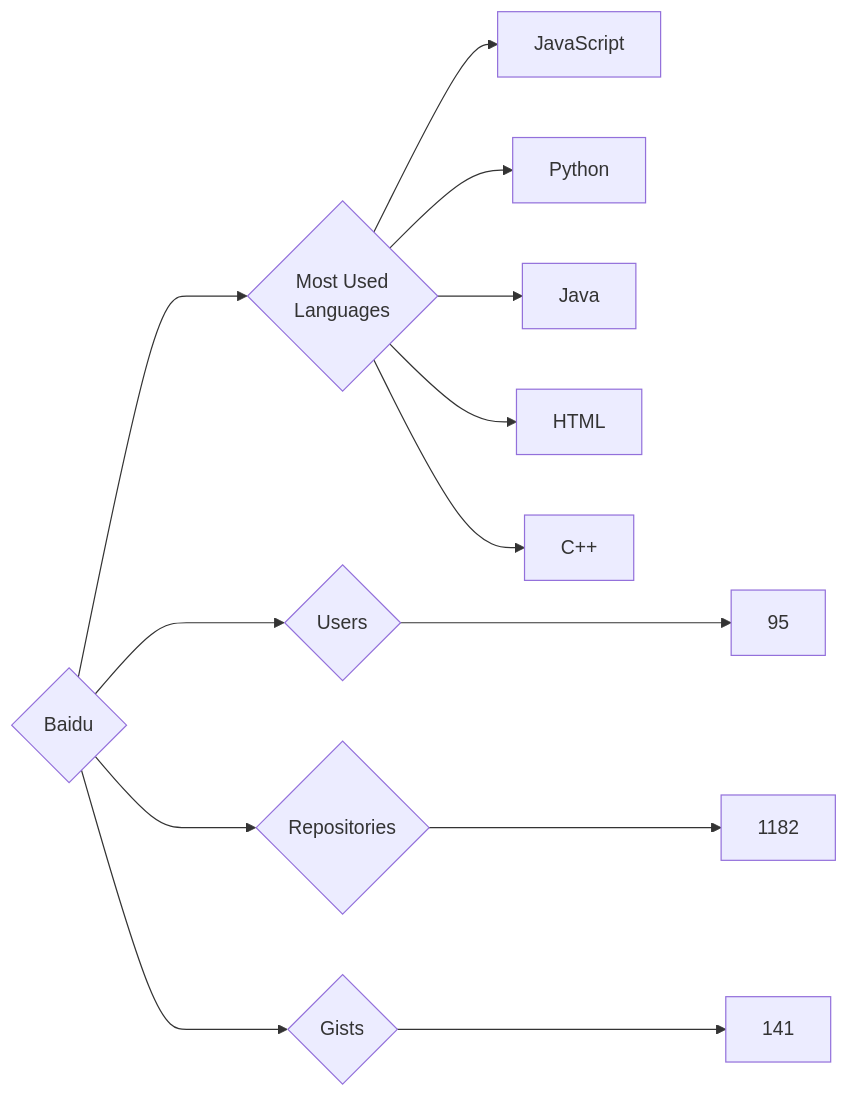
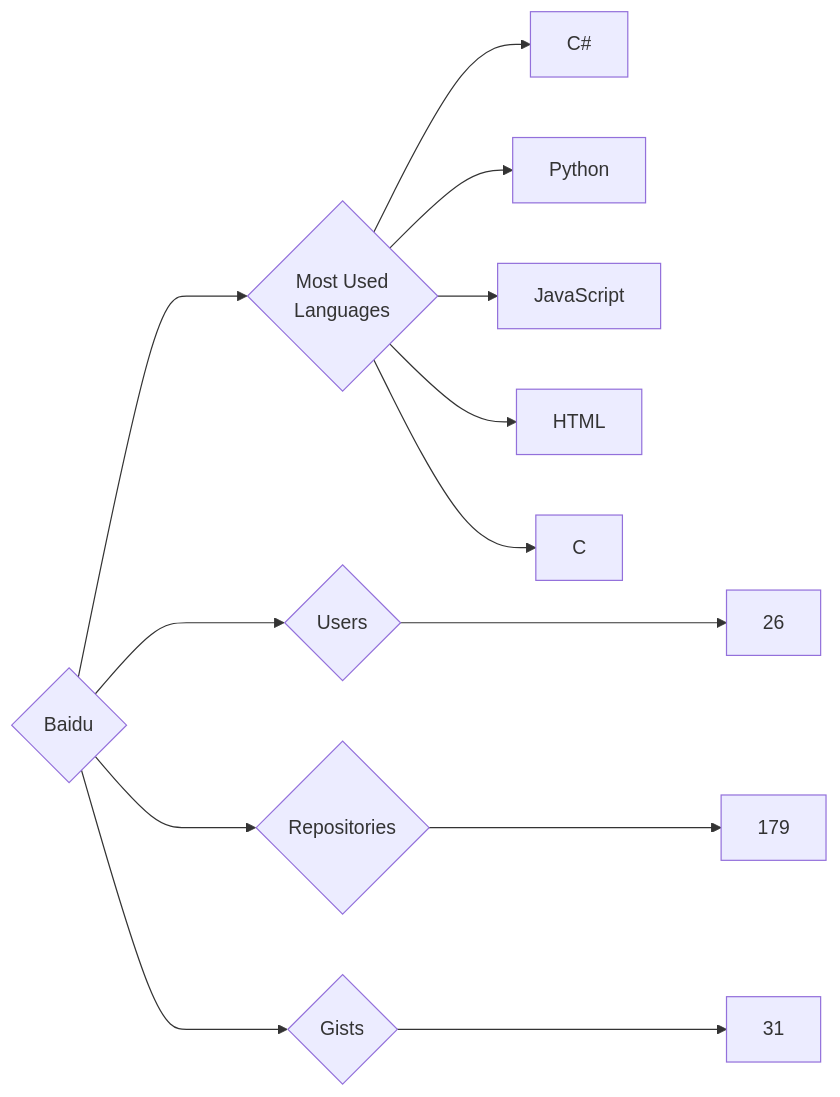
Before and after one commit to trickest/insiders: the diagram in targets/Baidu/README.md, drawn with Mermaid. The commit also changed 582 other files, not shown here.

````diff
--- a/targets/Baidu/README.md
+++ b/targets/Baidu/README.md
@@ -3,13 +3,13 @@
 ```mermaid
 graph LR
 COMPANY_NAME{Baidu}
-COMPANY_NAME ---> U{Users} ---> UN[95]
-COMPANY_NAME ---> R{Repositories} ---> RN[1182]
-COMPANY_NAME ---> G{Gists} ---> GN[141]
+COMPANY_NAME ---> U{Users} ---> UN[26]
+COMPANY_NAME ---> R{Repositories} ---> RN[179]
+COMPANY_NAME ---> G{Gists} ---> GN[31]
 COMPANY_NAME ---> ML{Most Used<br>Languages}
+ML --> C#[C#]
+ML --> Python[Python]
 ML --> JavaScript[JavaScript]
-ML --> Python[Python]
-ML --> Java[Java]
 ML --> HTML[HTML]
-ML --> C++[C++]
+ML --> C[C]
 ```
````
